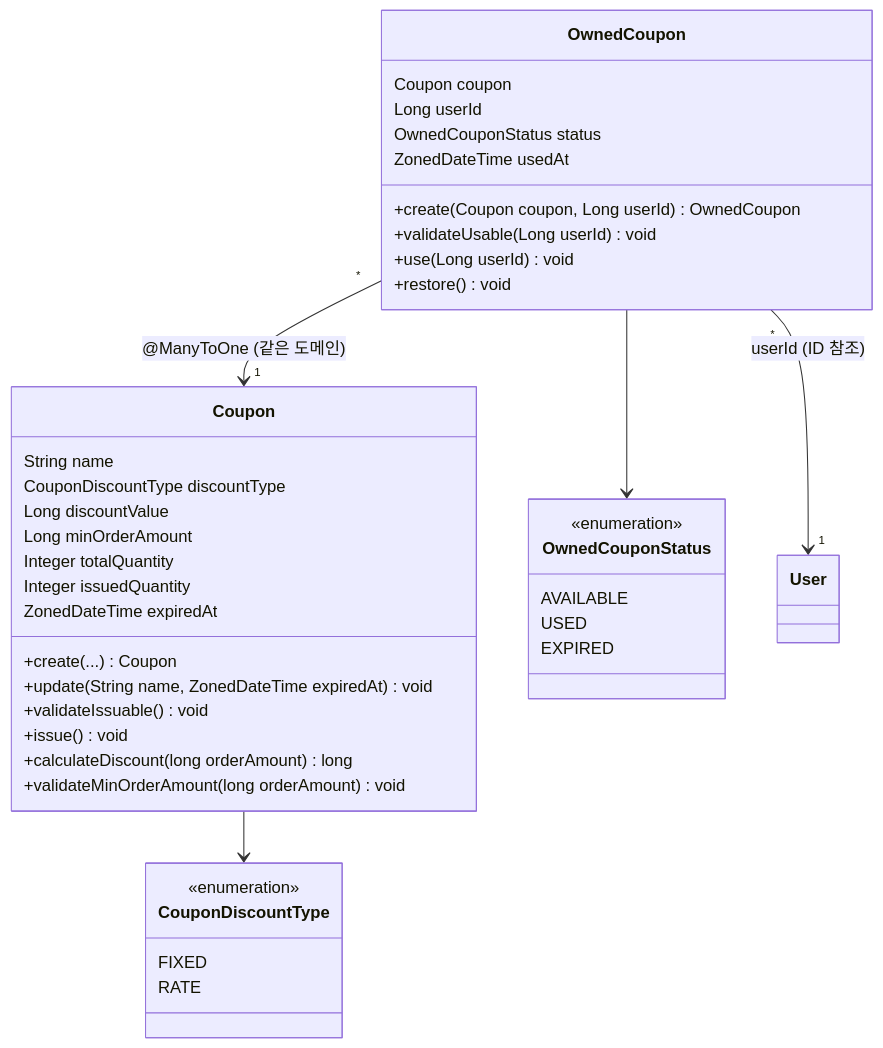
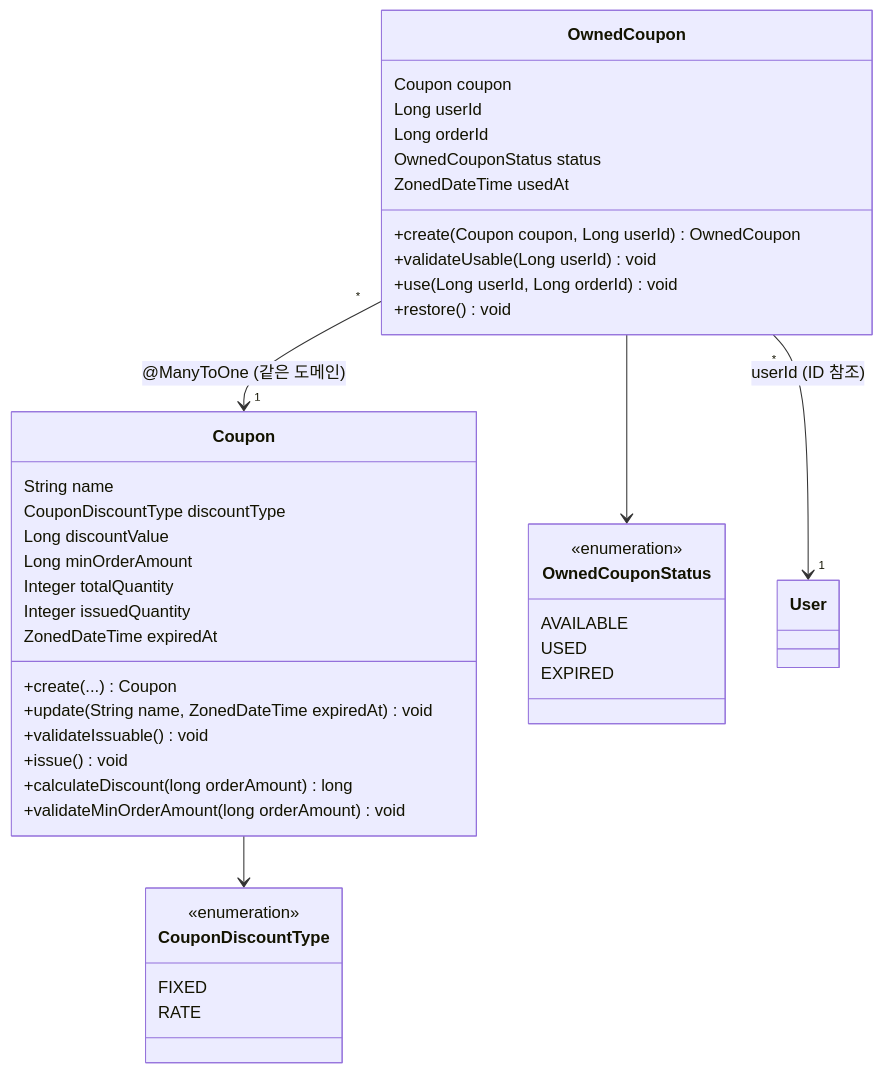
One commit to plan11plan/loop-pack-be-l2-vol3-java changed the fourth of 5 diagrams in docs/design/coupon/DESIGN.md. Above: the diagram before and after it, drawn with Mermaid. The commit also changed other lines of this file and 4 other files, not shown here.

````diff
--- a/docs/design/coupon/DESIGN.md
+++ b/docs/design/coupon/DESIGN.md
@@ -344,47 +346,48 @@
 ```mermaid
 classDiagram
     class Coupon {
         String name
         CouponDiscountType discountType
         Long discountValue
         Long minOrderAmount
         Integer totalQuantity
         Integer issuedQuantity
         ZonedDateTime expiredAt
         +create(...) Coupon
         +update(String name, ZonedDateTime expiredAt) void
         +validateIssuable() void
         +issue() void
         +calculateDiscount(long orderAmount) long
         +validateMinOrderAmount(long orderAmount) void
     }
 
     class OwnedCoupon {
         Coupon coupon
         Long userId
+        Long orderId
         OwnedCouponStatus status
         ZonedDateTime usedAt
         +create(Coupon coupon, Long userId) OwnedCoupon
         +validateUsable(Long userId) void
-        +use(Long userId) void
+        +use(Long userId, Long orderId) void
         +restore() void
     }
 
     class CouponDiscountType {
         <<enumeration>>
         FIXED
         RATE
     }
 
     class OwnedCouponStatus {
         <<enumeration>>
         AVAILABLE
         USED
         EXPIRED
     }
 
     OwnedCoupon "*" --> "1" Coupon : @ManyToOne (같은 도메인)
     OwnedCoupon "*" --> "1" User : userId (ID 참조)
     Coupon --> CouponDiscountType
     OwnedCoupon --> OwnedCouponStatus
 ```
````
